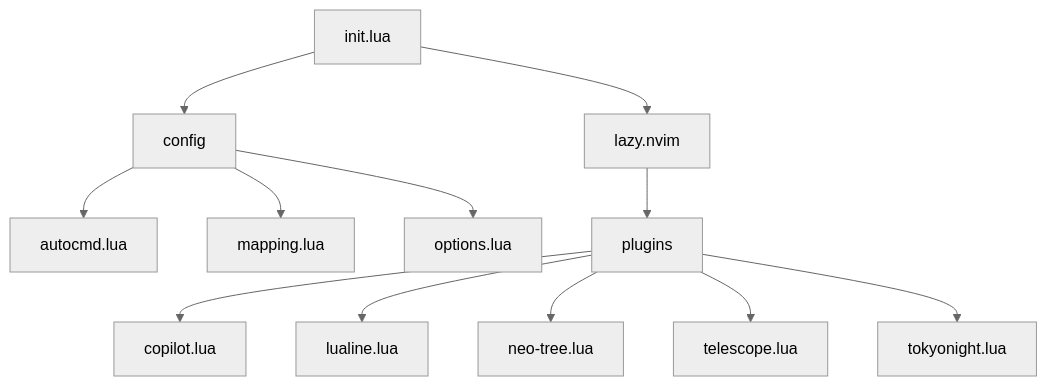
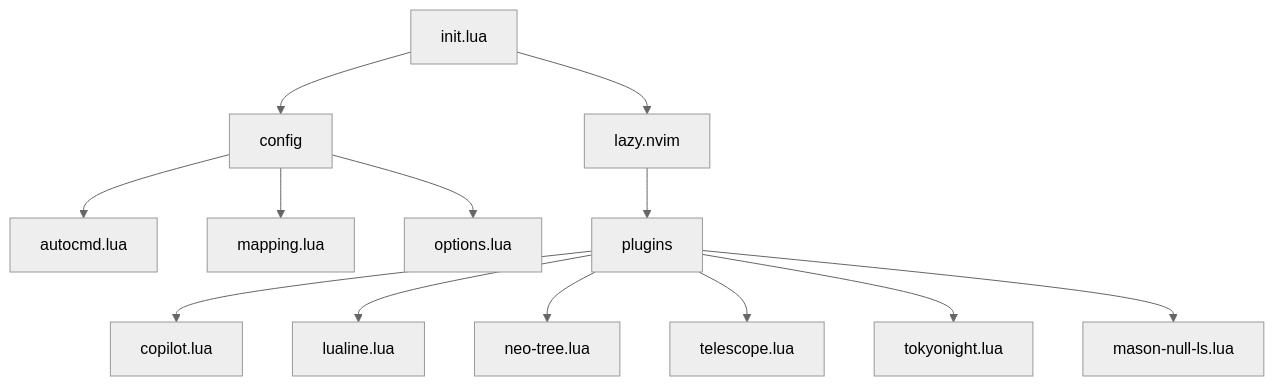
Before and after one commit to FukeKazki/nvim-lua-config: the diagram in README.md, drawn with Mermaid (neutral theme).

````diff
--- a/README.md
+++ b/README.md
@@ -2,18 +2,19 @@
 ```mermaid
 graph TD;
 init.lua --> config
 
 config --> autocmd.lua
 config --> mapping.lua
 config --> options.lua
 
 init.lua --> lazy.nvim
 
 lazy.nvim --> plugins
 
 plugins --> copilot.lua
 plugins --> lualine.lua
 plugins --> neo-tree.lua
 plugins --> telescope.lua
 plugins --> tokyonight.lua
+plugins --> mason-null-ls.lua
 ```
````
